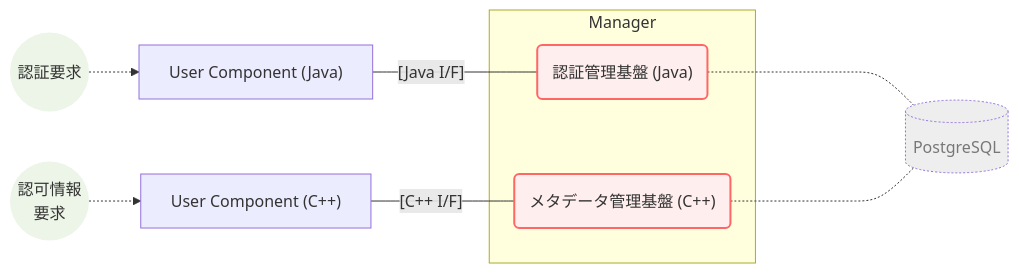
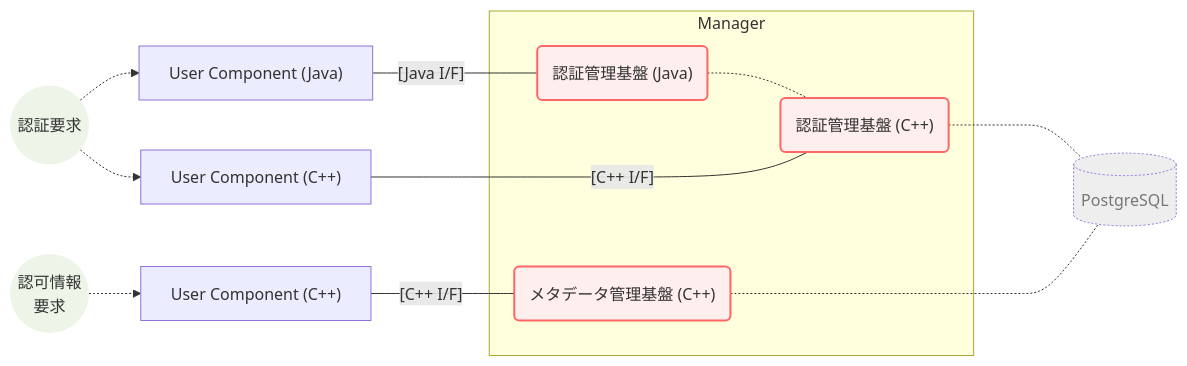
Before and after one commit to project-tsurugi/metadata-manager: the diagram in authentication-manager/docs/authentication_API_specification.md, drawn with Mermaid. The commit also changed other lines of this file, not shown here.

````diff
--- a/authentication-manager/docs/authentication_API_specification.md
+++ b/authentication-manager/docs/authentication_API_specification.md
@@ -45,24 +49,29 @@
 ```mermaid
 graph LR
   classDef request stroke-width:0px, fill:#ecf5e7
   classDef manager stroke-width:2px, stroke:#f66, fill:#fee
   classDef library color:#777, fill:#eee, stroke-dasharray:2 2
 
   Authentication((認証要求)):::request
   Authorization(("認可情報<br>要求")):::request
-  ComponentAuth["User Component (Java)"]
+  ComponentAuthJava["User Component (Java)"]
+  ComponentAuthCpp["User Component (C++)"]
   ComponentMeta["User Component (C++)"]
   subgraph Manager
-    AuthMng("認証管理基盤 (Java)"):::manager
+    AuthMngJava("認証管理基盤 (Java)"):::manager
+    AuthMngCpp("認証管理基盤 (C++)"):::manager
     MetaMng("メタデータ管理基盤 (C++)"):::manager
   end
   DB[("PostgreSQL")]:::library
 
-  Authentication .-> ComponentAuth
-  ComponentAuth --"[Java I/F]"--- AuthMng
-  AuthMng ...- DB
+  Authentication .-> ComponentAuthJava
+  ComponentAuthJava --"[Java I/F]"--- AuthMngJava
+  AuthMngJava .- AuthMngCpp
+  Authentication .-> ComponentAuthCpp
+  ComponentAuthCpp --"[C++ I/F]"---- AuthMngCpp
+  AuthMngCpp .- DB
 
   Authorization .-> ComponentMeta
   ComponentMeta --"[C++ I/F]"--- MetaMng
   MetaMng ...- DB
 ```
````
